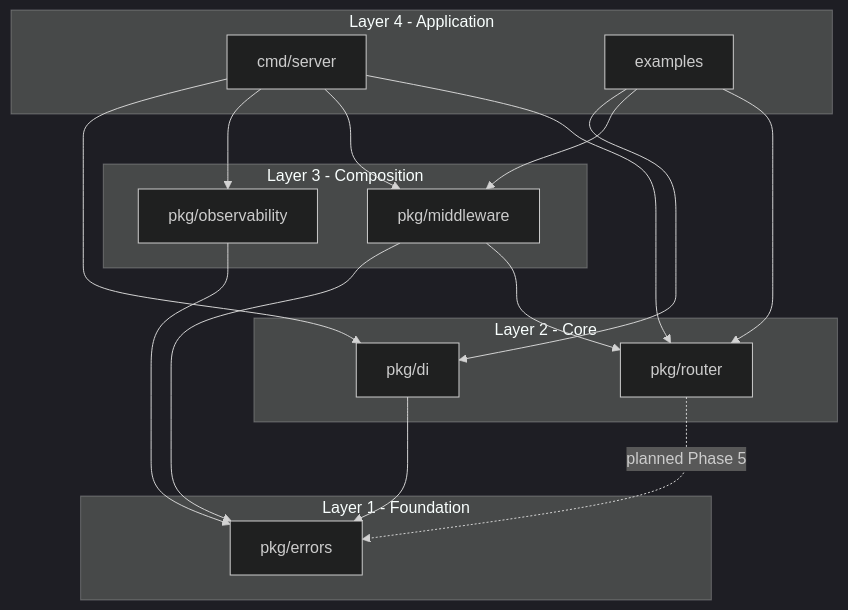
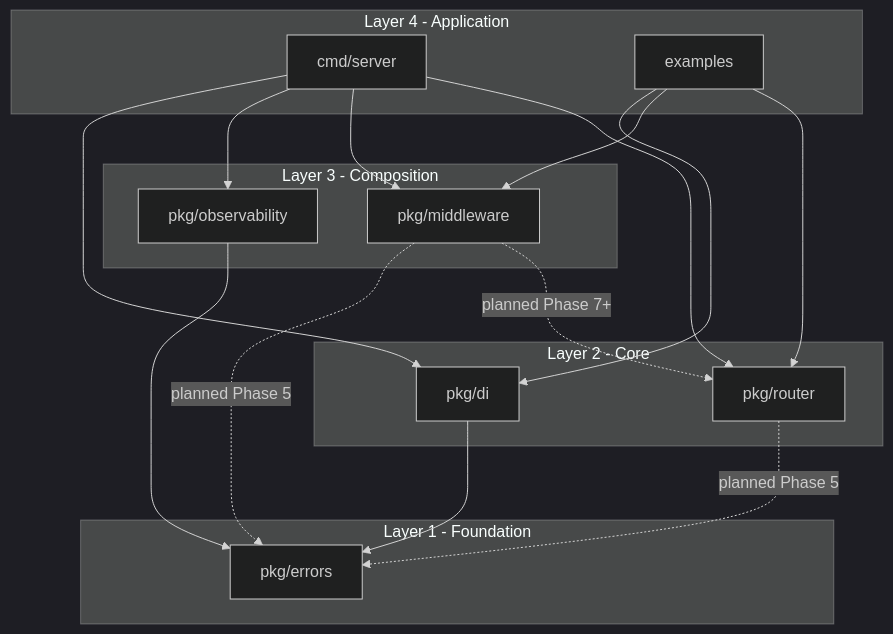
One commit to nsk-2003/lightweight-http changed the diagram in docs/design/packagedesign.md. Above: the diagram before and after it, drawn with Mermaid (dark theme). The commit also changed other lines of this file and 7 other files, not shown here.

````diff
--- a/docs/design/packagedesign.md
+++ b/docs/design/packagedesign.md
@@ -12,31 +12,31 @@
 ```mermaid
 flowchart TB
   subgraph app [Layer 4 - Application]
     cmdMain[cmd/server]
     examplesPkg[examples]
   end
   subgraph composition [Layer 3 - Composition]
     middlewarePkg[pkg/middleware]
     observabilityPkg[pkg/observability]
   end
   subgraph core [Layer 2 - Core]
     routerPkg[pkg/router]
     diPkg[pkg/di]
   end
   subgraph foundation [Layer 1 - Foundation]
     errorsPkg[pkg/errors]
   end
 
   cmdMain --> routerPkg
   cmdMain --> middlewarePkg
   cmdMain --> observabilityPkg
   cmdMain --> diPkg
   examplesPkg --> routerPkg
   examplesPkg --> middlewarePkg
   examplesPkg --> diPkg
-  middlewarePkg --> routerPkg
-  middlewarePkg --> errorsPkg
+  middlewarePkg -.->|planned Phase 7+| routerPkg
+  middlewarePkg -.->|planned Phase 5| errorsPkg
   observabilityPkg --> errorsPkg
   routerPkg -.->|planned Phase 5| errorsPkg
   diPkg --> errorsPkg
 ```
````
